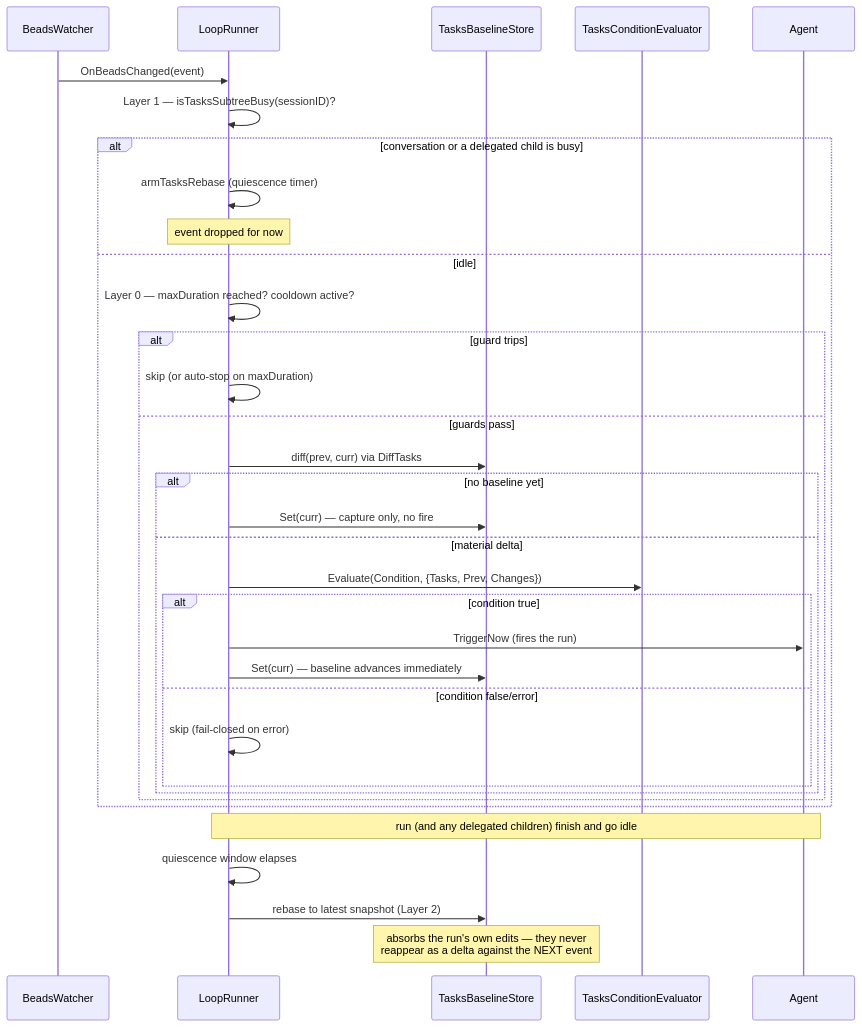
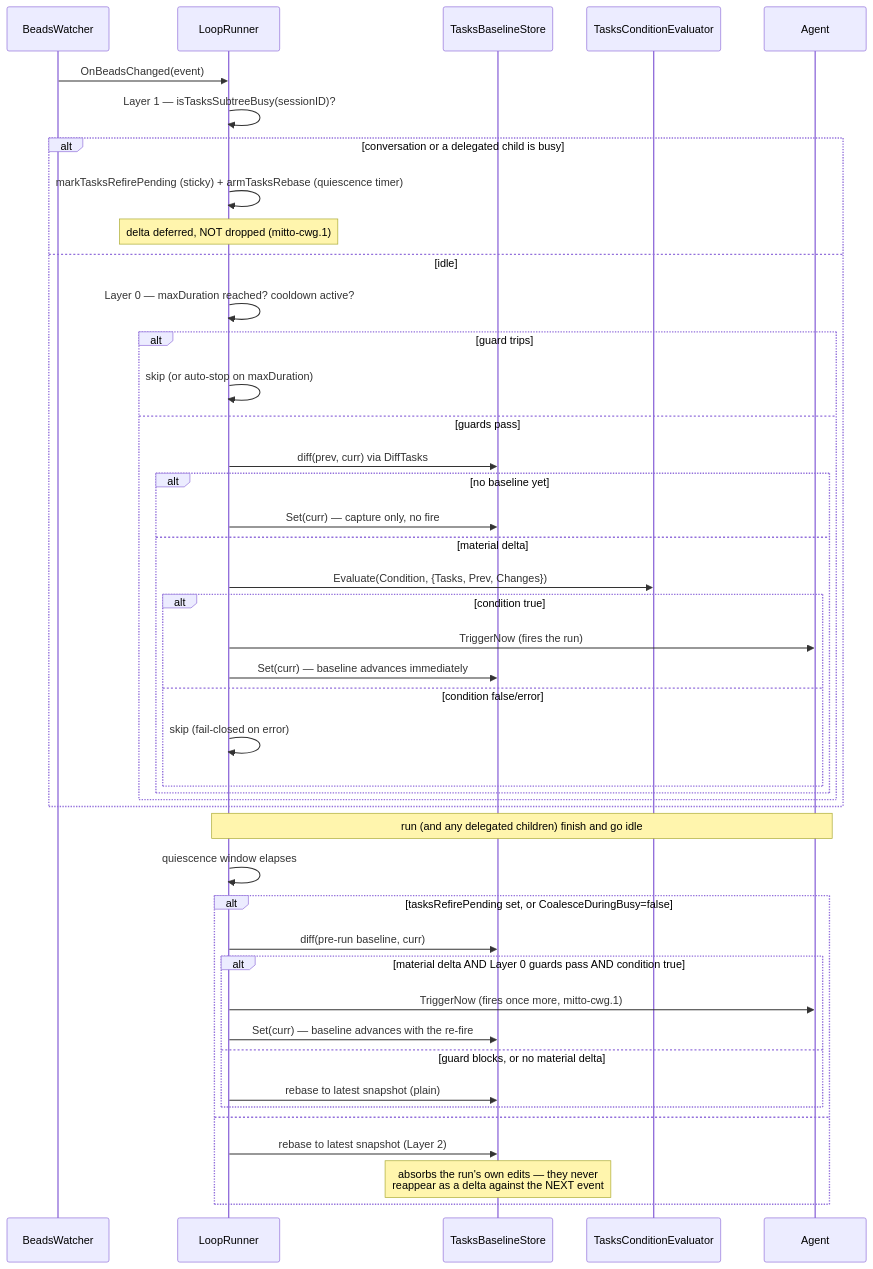
Before and after one commit to inercia/mitto: the fourth of 6 diagrams in docs/devel/message-queue.md, drawn with Mermaid. The commit also changed other lines of this file and 1 other file, not shown here.

Commit message:
test(mitto-4tq8): fix stale onTasks busy-guard assertions (refs mitto-4tq8)
Update the stale onTasks busy-guard/quiescence subtests and the matching
docs section to the post-mitto-cwg.1 contract: a fs-watcher delta that
arrives during a busy window is deferred, not dropped, and re-fires exactly
once at quiescence via the sticky tasksRefirePending flag regardless of
CoalesceDuringBusy (f1094478). The subtests predated that commit and were
dead code until mitto-rwxq.7 revived them, at which point they started
failing with iteration_count=2 where they still expected 1.

No runtime code changed -- internal/conversation/loop_runner_tasks.go
behaves as designed; only the tests and docs/devel/message-queue.md were
out of date.

Refs: mitto-4tq8

````diff
--- a/docs/devel/message-queue.md
+++ b/docs/devel/message-queue.md
@@ -362,38 +362,48 @@
 ```mermaid
 sequenceDiagram
     participant Watcher as BeadsWatcher
     participant PR as LoopRunner
     participant Baseline as TasksBaselineStore
     participant CEL as TasksConditionEvaluator
     participant Agent
 
     Watcher->>PR: OnBeadsChanged(event)
     PR->>PR: Layer 1 — isTasksSubtreeBusy(sessionID)?
     alt conversation or a delegated child is busy
-        PR->>PR: armTasksRebase (quiescence timer)
-        Note over PR: event dropped for now
+        PR->>PR: markTasksRefirePending (sticky) + armTasksRebase (quiescence timer)
+        Note over PR: delta deferred, NOT dropped (mitto-cwg.1)
     else idle
         PR->>PR: Layer 0 — maxDuration reached? cooldown active?
         alt guard trips
             PR->>PR: skip (or auto-stop on maxDuration)
         else guards pass
             PR->>Baseline: diff(prev, curr) via DiffTasks
             alt no baseline yet
                 PR->>Baseline: Set(curr) — capture only, no fire
             else material delta
                 PR->>CEL: Evaluate(Condition, {Tasks, Prev, Changes})
                 alt condition true
                     PR->>Agent: TriggerNow (fires the run)
                     PR->>Baseline: Set(curr) — baseline advances immediately
                 else condition false/error
                     PR->>PR: skip (fail-closed on error)
                 end
             end
         end
     end
 
     Note over PR,Agent: run (and any delegated children) finish and go idle
     PR->>PR: quiescence window elapses
-    PR->>Baseline: rebase to latest snapshot (Layer 2)
-    Note over Baseline: absorbs the run's own edits — they never<br/>reappear as a delta against the NEXT event
+    alt tasksRefirePending set, or CoalesceDuringBusy=false
+        PR->>Baseline: diff(pre-run baseline, curr)
+        alt material delta AND Layer 0 guards pass AND condition true
+            PR->>Agent: TriggerNow (fires once more, mitto-cwg.1)
+            PR->>Baseline: Set(curr) — baseline advances with the re-fire
+        else guard blocks, or no material delta
+            PR->>Baseline: rebase to latest snapshot (plain)
+        end
+    else
+        PR->>Baseline: rebase to latest snapshot (Layer 2)
+        Note over Baseline: absorbs the run's own edits — they never<br/>reappear as a delta against the NEXT event
+    end
 ```
````
